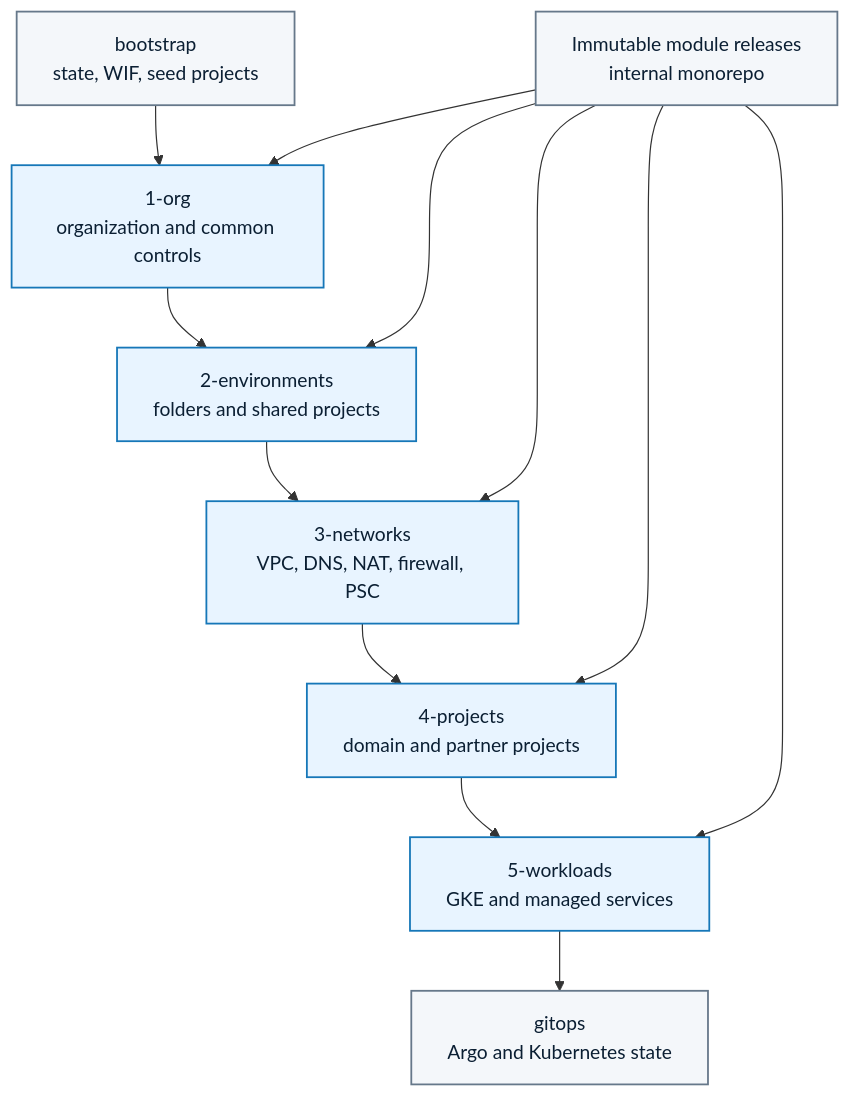
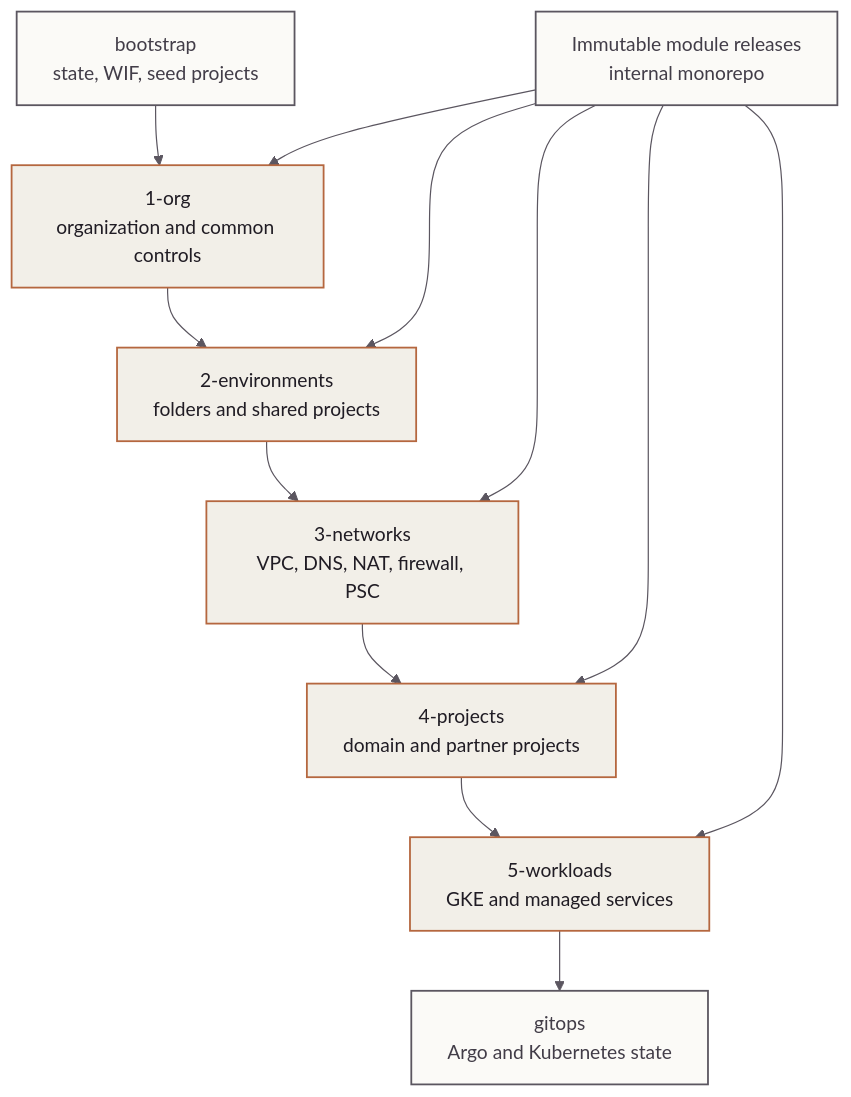
One commit to mindclade/infrastructure-live-old changed the diagram in docs/architecture.md. Above: the diagram before and after it, drawn with Mermaid. The commit also changed other lines of this file and 51 other files, not shown here.

````diff
--- a/docs/architecture.md
+++ b/docs/architecture.md
@@ -43,20 +43,21 @@
 ```mermaid
+%%{init: {"theme":"base","themeVariables":{"primaryColor":"#F2EFE8","primaryTextColor":"#201C24","primaryBorderColor":"#B5673F","secondaryColor":"#FBFAF7","tertiaryColor":"#FBFAF7","lineColor":"#5B5660","edgeLabelBackground":"#FBFAF7","clusterBkg":"#FBFAF7","clusterBorder":"#E2DED4"}}}%%
 flowchart TD
     B["bootstrap<br/>state, WIF, seed projects"] --> L1["1-org<br/>organization and common controls"]
     L1 --> L2["2-environments<br/>folders and shared projects"]
     L2 --> L3["3-networks<br/>VPC, DNS, NAT, firewall, PSC"]
     L3 --> L4["4-projects<br/>domain and partner projects"]
     L4 --> L5["5-workloads<br/>GKE and managed services"]
     M["Immutable module releases<br/>internal monorepo"] --> L1
     M --> L2
     M --> L3
     M --> L4
     M --> L5
     L5 --> G["gitops<br/>Argo and Kubernetes state"]
 
-    classDef authority fill:#0b1f33,color:#ffffff,stroke:#3aa3ff,stroke-width:2px;
-    classDef managed fill:#e8f4ff,color:#0b1f33,stroke:#1677b8,stroke-width:1.5px;
-    classDef external fill:#f4f7fa,color:#0b1f33,stroke:#66788a,stroke-width:1.5px;
+    classDef authority fill:#201C24,color:#F2EFE8,stroke:#D68A61,stroke-width:2px;
+    classDef managed fill:#F2EFE8,color:#201C24,stroke:#B5673F,stroke-width:1.5px;
+    classDef external fill:#FBFAF7,color:#423D48,stroke:#5B5660,stroke-width:1.5px;
     class L1,L2,L3,L4,L5 managed;
     class B,M,G external;
 ```
````
